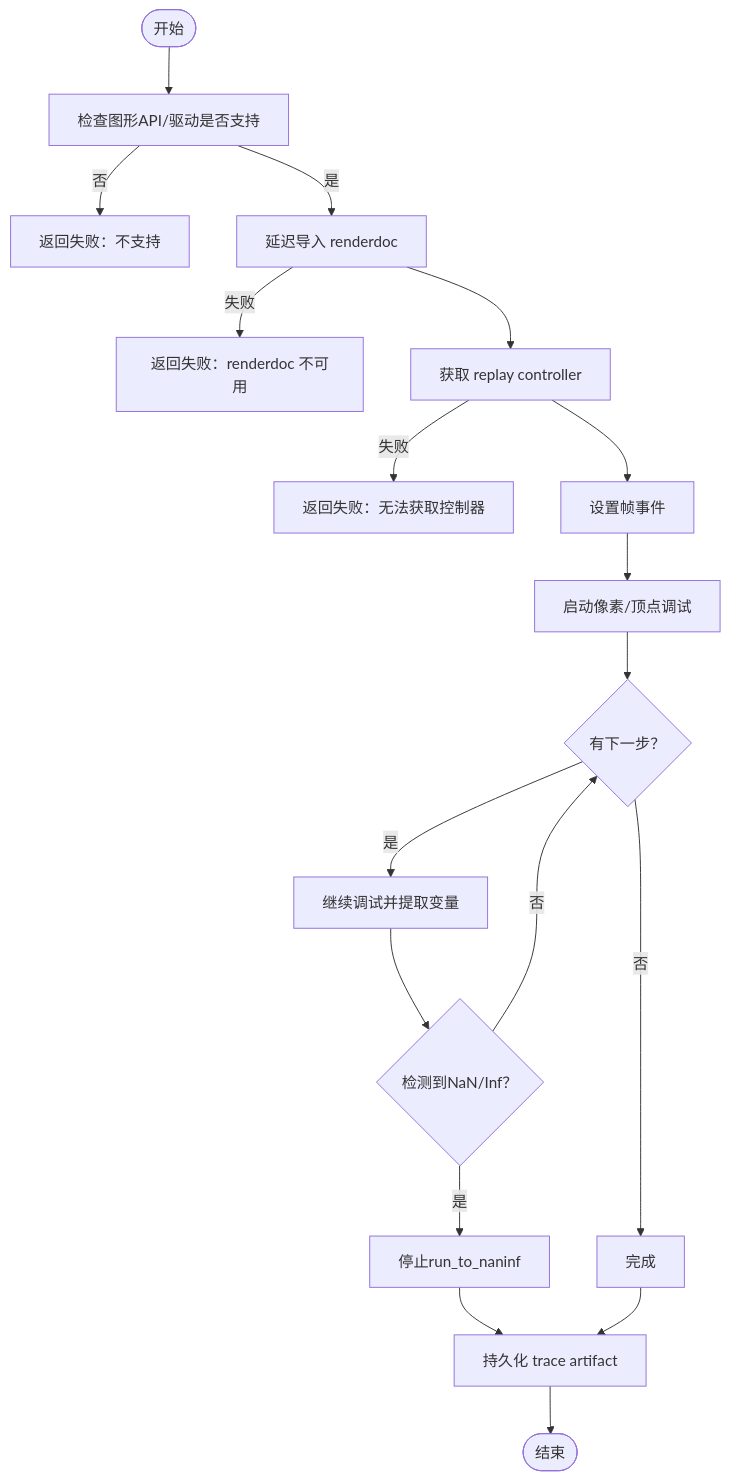
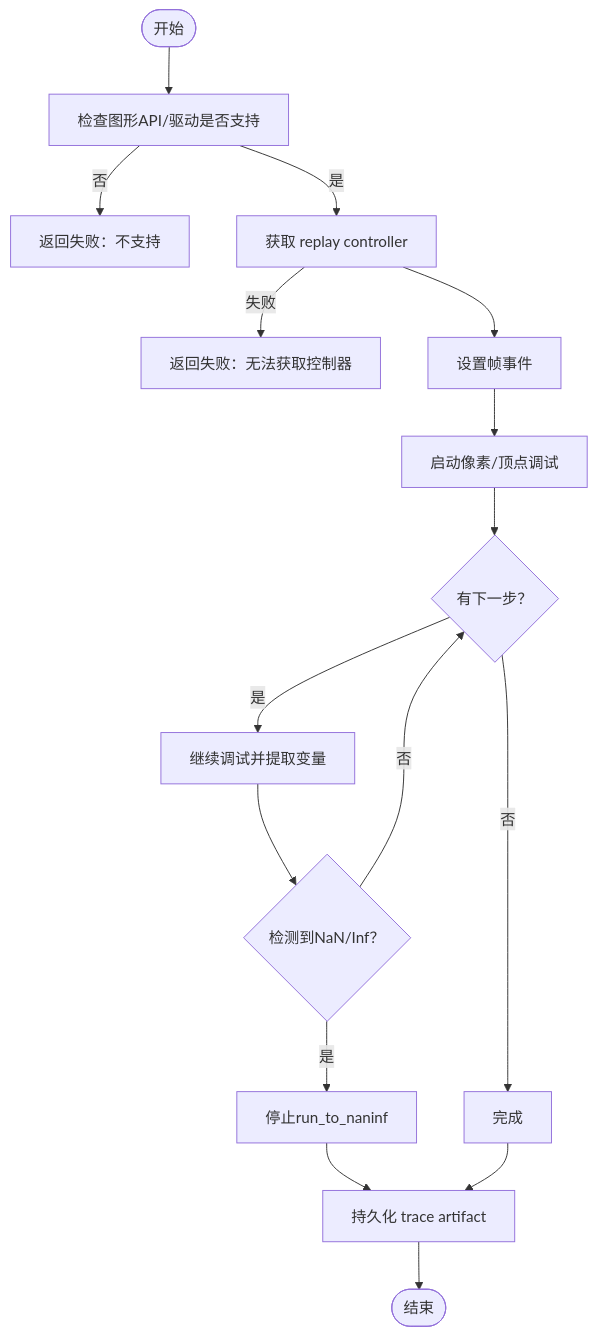
The third of 6 diagrams in .qoder/repowiki/zh/content/开发指南/调试指南.md (haolange/RDC-Tool), drawn with Mermaid before and after one commit. The commit also changed other lines of this file and 79 other files, not shown here.

````diff
--- a/.qoder/repowiki/zh/content/开发指南/调试指南.md
+++ b/.qoder/repowiki/zh/content/开发指南/调试指南.md
@@ -127,20 +136,18 @@
 ```mermaid
 flowchart TD
 Start(["开始"]) --> Check["检查图形API/驱动是否支持"]
 Check --> |否| Fail1["返回失败：不支持"]
-Check --> |是| ImportRD["延迟导入 renderdoc"]
-ImportRD --> |失败| Fail2["返回失败：renderdoc 不可用"]
-ImportRD --> GetCtrl["获取 replay controller"]
+Check --> |是| GetCtrl["获取 replay controller"]
 GetCtrl --> |失败| Fail3["返回失败：无法获取控制器"]
 GetCtrl --> SetEvt["设置帧事件"]
 SetEvt --> DebugStart["启动像素/顶点调试"]
 DebugStart --> Loop{"有下一步？"}
 Loop --> |是| Step["继续调试并提取变量"]
 Step --> Detect{"检测到NaN/Inf？"}
 Detect --> |是| Stop["停止run_to_naninf"]
 Detect --> |否| Loop
 Loop --> |否| Done["完成"]
 Stop --> Save["持久化 trace artifact"]
 Done --> Save
 Save --> End(["结束"])
 ```
````
